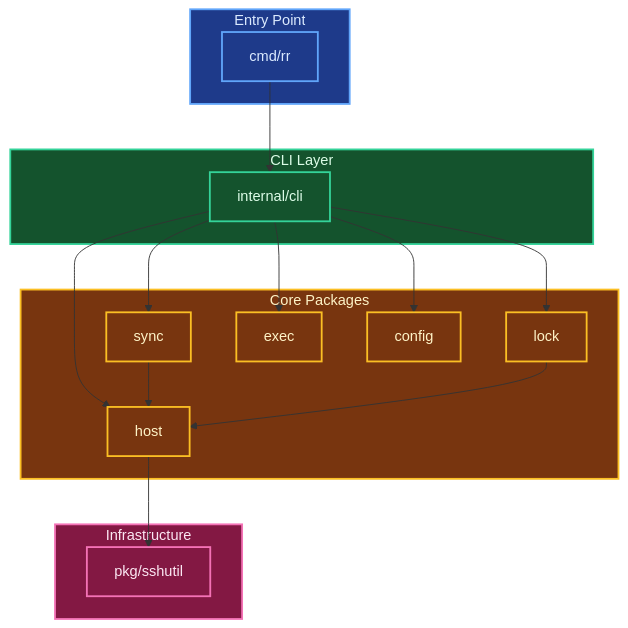
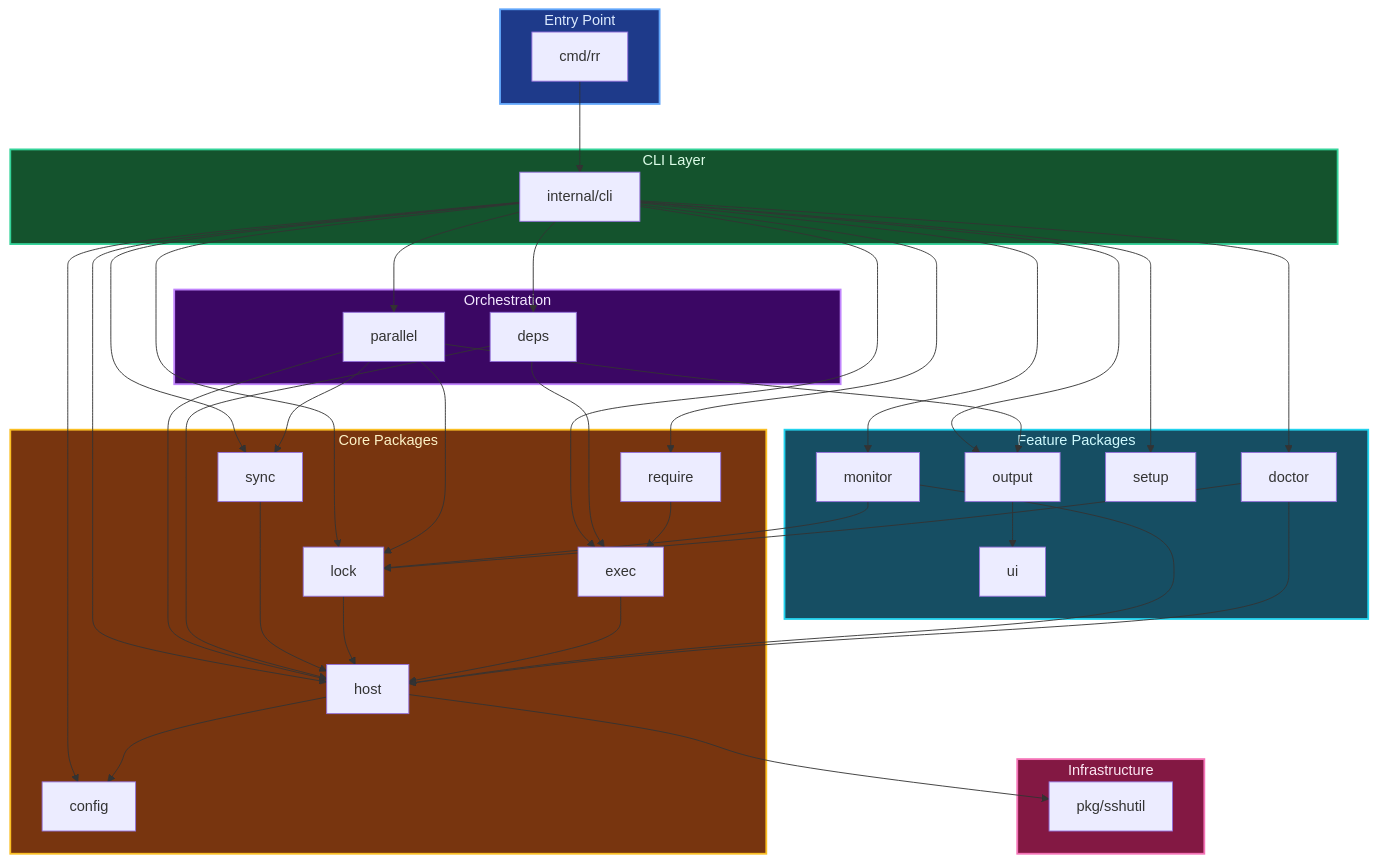
Before and after one commit to rileyhilliard/rr: the second of 8 diagrams in docs/ARCHITECTURE.md, drawn with Mermaid. The commit also changed other lines of this file and 23 other files, not shown here.

````diff
--- a/docs/ARCHITECTURE.md
+++ b/docs/ARCHITECTURE.md
@@ -832,48 +932,77 @@
 ```mermaid
 flowchart TB
     subgraph entry["Entry Point"]
         cmd[cmd/rr]
     end
 
     subgraph cli_layer["CLI Layer"]
         cli[internal/cli]
     end
 
+    subgraph orchestration["Orchestration"]
+        parallel[parallel]
+        deps[deps]
+    end
+
     subgraph core["Core Packages"]
         host[host]
         sync[sync]
         lock[lock]
         exec[exec]
         config[config]
+        require[require]
+    end
+
+    subgraph features["Feature Packages"]
+        monitor[monitor]
+        doctor[doctor]
+        setup[setup]
+        output[output]
+        ui[ui]
     end
 
     subgraph infra["Infrastructure"]
         sshutil[pkg/sshutil]
     end
 
     cmd --> cli
 
+    cli --> parallel
+    cli --> deps
     cli --> host
     cli --> sync
     cli --> lock
     cli --> exec
     cli --> config
+    cli --> require
+    cli --> monitor
+    cli --> doctor
+    cli --> setup
+    cli --> output
 
+    parallel --> host
+    parallel --> lock
+    parallel --> sync
+    parallel --> output
+    deps --> exec
+    deps --> host
+
+    host --> config
     host --> sshutil
     sync --> host
     lock --> host
+    exec --> host
+    require --> exec
+    monitor --> host
+    monitor --> lock
+    doctor --> host
+    doctor --> lock
+    output --> ui
 
     style entry fill:#1e3a8a,stroke:#60a5fa,stroke-width:2px,color:#dbeafe
     style cli_layer fill:#14532d,stroke:#34d399,stroke-width:2px,color:#dcfce7
+    style orchestration fill:#3b0764,stroke:#c084fc,stroke-width:2px,color:#f3e8ff
     style core fill:#78350f,stroke:#fbbf24,stroke-width:2px,color:#fef3c7
+    style features fill:#164e63,stroke:#22d3ee,stroke-width:2px,color:#cffafe
     style infra fill:#831843,stroke:#f472b6,stroke-width:2px,color:#fce7f3
-
-    style cmd fill:#1e3a8a,stroke:#60a5fa,stroke-width:2px,color:#dbeafe
-    style cli fill:#14532d,stroke:#34d399,stroke-width:2px,color:#dcfce7
-    style host fill:#78350f,stroke:#fbbf24,stroke-width:2px,color:#fef3c7
-    style sync fill:#78350f,stroke:#fbbf24,stroke-width:2px,color:#fef3c7
-    style lock fill:#78350f,stroke:#fbbf24,stroke-width:2px,color:#fef3c7
-    style exec fill:#78350f,stroke:#fbbf24,stroke-width:2px,color:#fef3c7
-    style config fill:#78350f,stroke:#fbbf24,stroke-width:2px,color:#fef3c7
-    style sshutil fill:#831843,stroke:#f472b6,stroke-width:2px,color:#fce7f3
 ```
````
